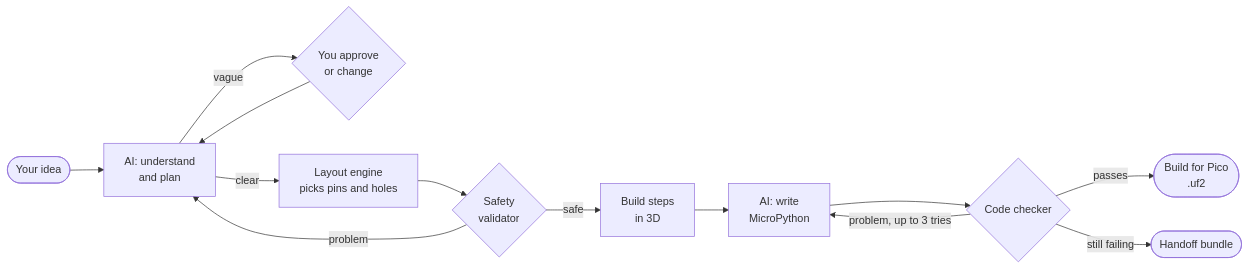
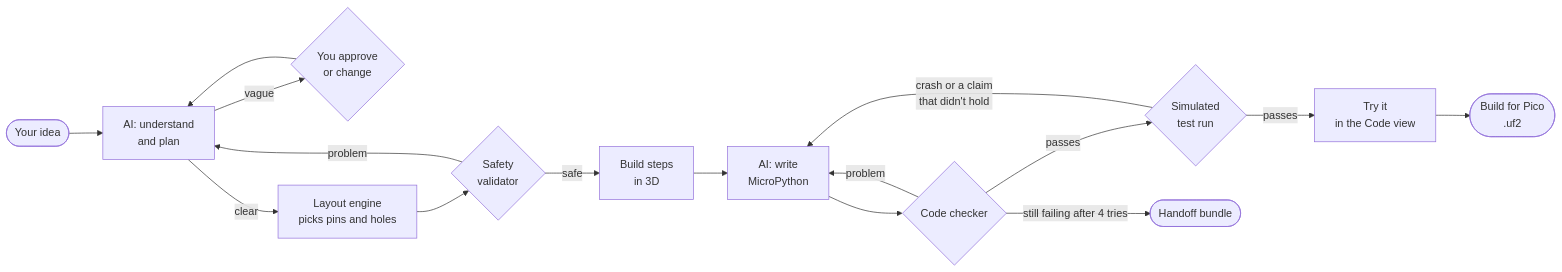
One commit to Prestical/BreadPilot changed the first of 2 diagrams in README.md. Above: the diagram before and after it, drawn with Mermaid. The commit also changed other lines of this file and 51 other files, not shown here.

````diff
--- a/README.md
+++ b/README.md
@@ -238,15 +214,18 @@
 ```mermaid
 flowchart LR
     A([Your idea]) --> B[AI: understand<br/>and plan]
     B -->|vague| C{You approve<br/>or change}
     C --> B
     B -->|clear| D[Layout engine<br/>picks pins and holes]
     D --> E{Safety<br/>validator}
     E -->|problem| B
     E -->|safe| F[Build steps<br/>in 3D]
     F --> G[AI: write<br/>MicroPython]
     G --> H{Code checker}
-    H -->|problem, up to 3 tries| G
-    H -->|passes| I([Build for Pico<br/>.uf2])
-    H -->|still failing| J([Handoff bundle])
+    H -->|problem| G
+    H -->|passes| S{Simulated<br/>test run}
+    S -->|crash or a claim<br/>that didn't hold| G
+    S -->|passes| T[Try it<br/>in the Code view]
+    T --> I([Build for Pico<br/>.uf2])
+    H -->|still failing after 4 tries| J([Handoff bundle])
 ```
````
